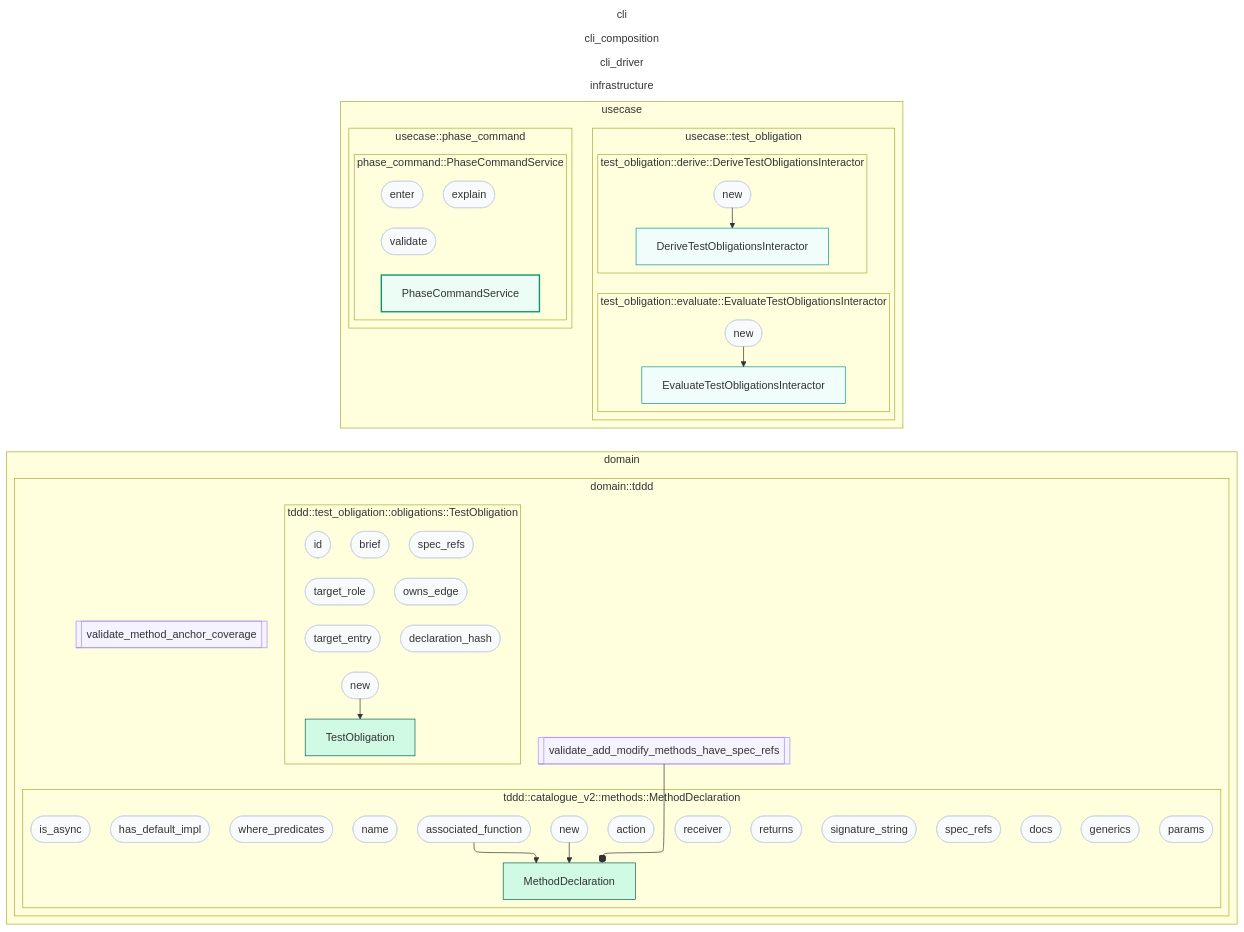
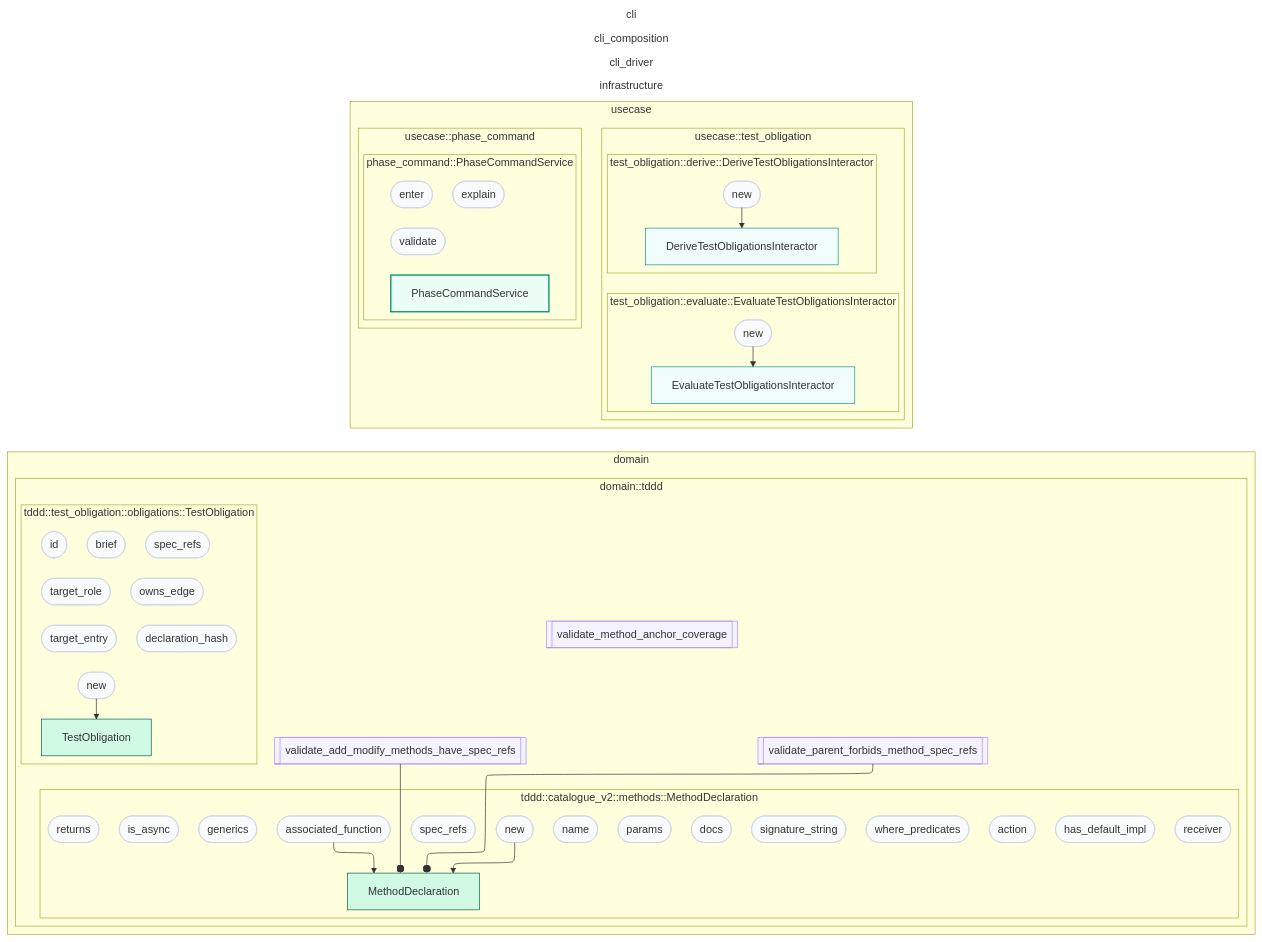
One commit to Flip451/SoTOHE-core changed the diagram in track/items/2026-08-13-test-obligation-method-anchor-ownership/contract-map.md. Above: the diagram before and after it, drawn with Mermaid. The commit also changed 32 other files, not shown here.

First line of the commit message:
feat(tddd): forbid method spec_refs on reference/delete parents

```diff
--- a/track/items/2026-08-13-test-obligation-method-anchor-ownership/contract-map.md
+++ b/track/items/2026-08-13-test-obligation-method-anchor-ownership/contract-map.md
@@ -68,6 +68,7 @@
   end
   F100_domain_domain_domain__tddd__test_obligation__obligations__validate_add_modify_methods_have_spec_refs[[validate_add_modify_methods_have_spec_refs]]
   F89_domain_domain_domain__tddd__test_obligation__obligations__validate_method_anchor_coverage[[validate_method_anchor_coverage]]
+  F98_domain_domain_domain__tddd__test_obligation__obligations__validate_parent_forbids_method_spec_refs[[validate_parent_forbids_method_spec_refs]]
   end
 end
 subgraph usecase["usecase"]
@@ -112,6 +113,7 @@
 T31_domain_domain_MethodDeclaration_associated_function --> T31_domain_domain_MethodDeclaration__self
 T28_domain_domain_TestObligation_new --> T28_domain_domain_TestObligation__self
 F100_domain_domain_domain__tddd__test_obligation__obligations__validate_add_modify_methods_have_spec_refs --o T31_domain_domain_MethodDeclaration__self
+F98_domain_domain_domain__tddd__test_obligation__obligations__validate_parent_forbids_method_spec_refs --o T31_domain_domain_MethodDeclaration__self
 T47_usecase_usecase_DeriveTestObligationsInteractor_new --> T47_usecase_usecase_DeriveTestObligationsInteractor__self
 T49_usecase_usecase_EvaluateTestObligationsInteractor_new --> T49_usecase_usecase_EvaluateTestObligationsInteractor__self
 class T31_domain_domain_MethodDeclaration_new method_node
@@ -142,6 +144,8 @@
 class F100_domain_domain_domain__tddd__test_obligation__obligations__validate_add_modify_methods_have_spec_refs function_node
 class F89_domain_domain_domain__tddd__test_obligation__obligations__validate_method_anchor_coverage free_function
 class F89_domain_domain_domain__tddd__test_obligation__obligations__validate_method_anchor_coverage function_node
+class F98_domain_domain_domain__tddd__test_obligation__obligations__validate_parent_forbids_method_spec_refs free_function
+class F98_domain_domain_domain__tddd__test_obligation__obligations__validate_parent_forbids_method_spec_refs function_node
 class R35_usecase_usecase_PhaseCommandService_validate method_node
 class R35_usecase_usecase_PhaseCommandService_explain method_node
 class R35_usecase_usecase_PhaseCommandService_enter method_node
```
